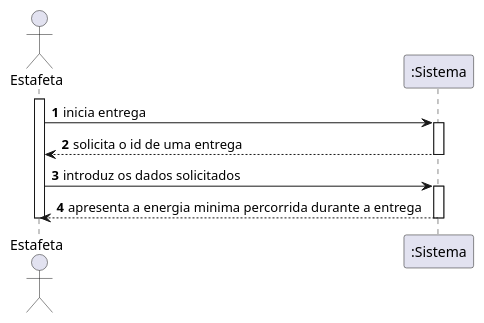
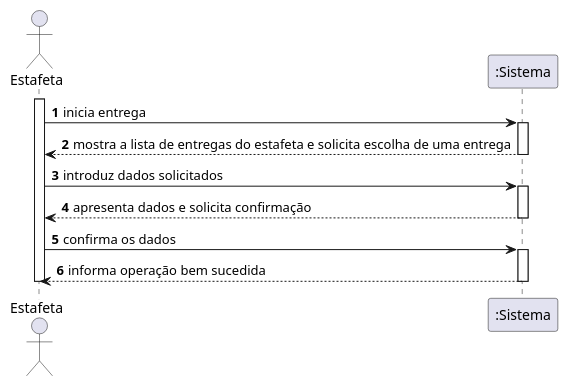
The diagram in docs/UC22/IniciaEntregaSSD.puml (pedrolemos4/LAPR3), drawn with PlantUML before and after one commit. The commit also changed 7 other files, not shown here.

```diff
--- a/docs/UC22/IniciaEntregaSSD.puml
+++ b/docs/UC22/IniciaEntregaSSD.puml
@@ -1,17 +1,22 @@
 @startuml
 autonumber
 actor "Estafeta" as EST
 
 activate EST
 EST -> ":Sistema" : inicia entrega 
 activate ":Sistema"
-":Sistema" --> EST : solicita o id de uma entrega
+":Sistema" --> EST : mostra a lista de entregas do estafeta e solicita escolha de uma entrega
 deactivate ":Sistema"
 
-EST -> ":Sistema" : introduz os dados solicitados
+EST -> ":Sistema" : introduz dados solicitados
 activate ":Sistema"
-":Sistema" --> EST : apresenta a energia minima percorrida durante a entrega
+":Sistema" --> EST : apresenta dados e solicita confirmação
+deactivate ":Sistema"
+
+EST -> ":Sistema" : confirma os dados
+activate ":Sistema"
+":Sistema" --> EST : informa operação bem sucedida
 deactivate ":Sistema"
 
 deactivate EST
 @enduml
```
